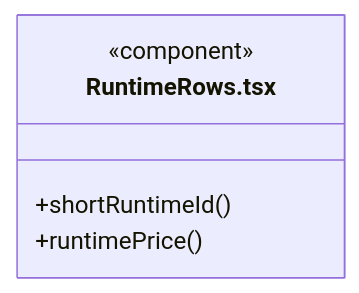
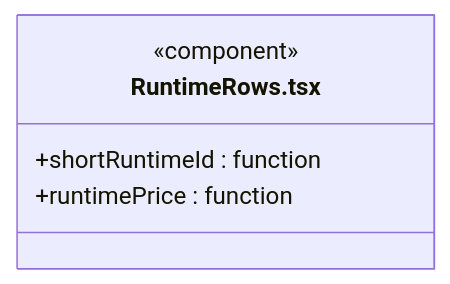
One commit to nan023062/cbim changed the seventh of 11 diagrams in src/view/runtime/ARCHITECTURE.md. Above: the diagram before and after it, drawn with Mermaid. The commit also changed other lines of this file and 137 other files, not shown here.

Commit message:
fix: align architecture generator with documentation standards

````diff
--- a/src/view/runtime/ARCHITECTURE.md
+++ b/src/view/runtime/ARCHITECTURE.md
@@ -199,8 +209,8 @@
 ```mermaid
 classDiagram
 class N_src_view_runtime_RuntimeRows_tsx["RuntimeRows.tsx"] {
   <<component>>
-  +shortRuntimeId()
-  +runtimePrice()
+  +shortRuntimeId : function
+  +runtimePrice : function
 }
 ```
````
